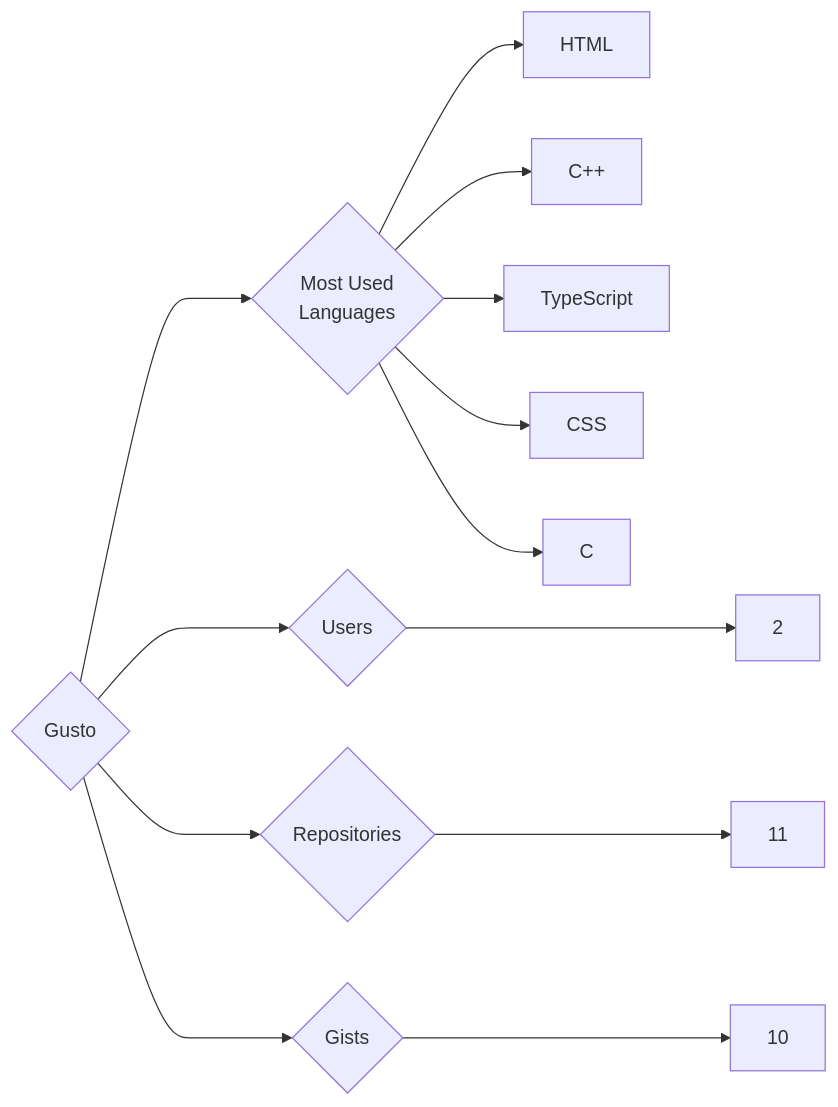
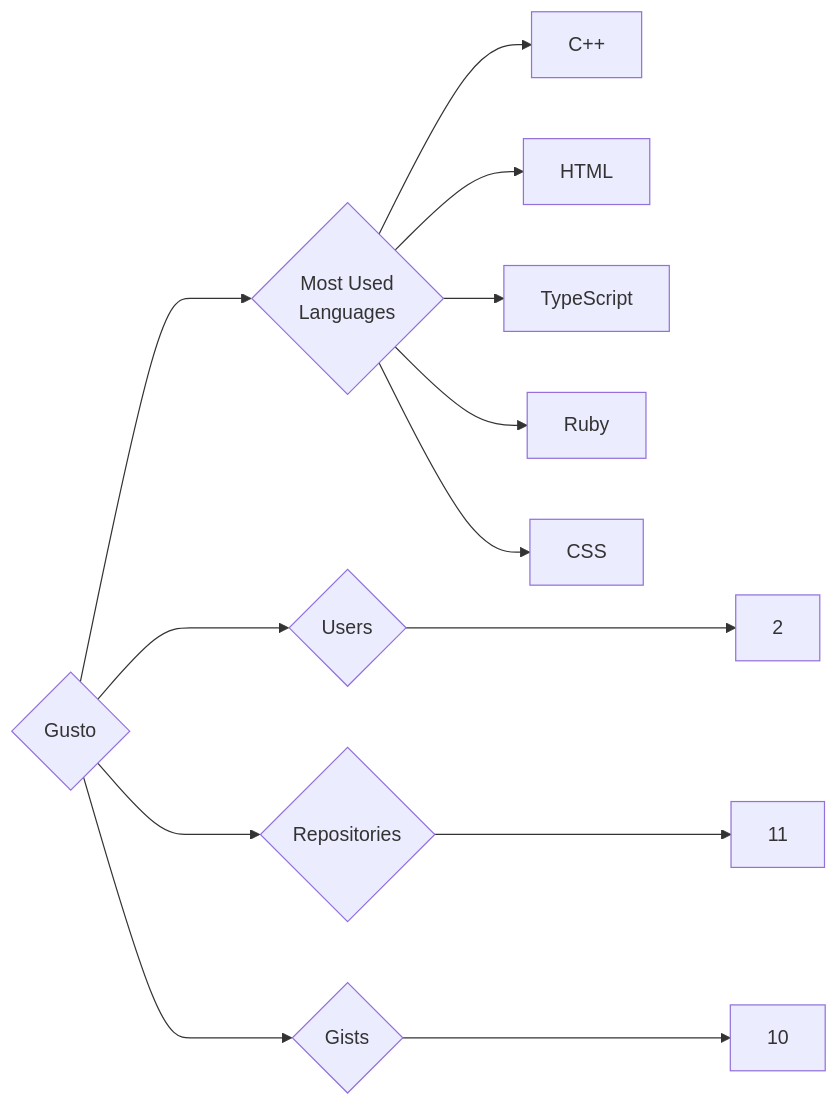
One commit to trickest/insiders changed the diagram in targets/Gusto/README.md. Above: the diagram before and after it, drawn with Mermaid. The commit also changed 938 other files, not shown here.

````diff
--- a/targets/Gusto/README.md
+++ b/targets/Gusto/README.md
@@ -3,13 +3,13 @@
 ```mermaid
 graph LR
 COMPANY_NAME{Gusto}
 COMPANY_NAME ---> U{Users} ---> UN[2]
 COMPANY_NAME ---> R{Repositories} ---> RN[11]
 COMPANY_NAME ---> G{Gists} ---> GN[10]
 COMPANY_NAME ---> ML{Most Used<br>Languages}
+ML --> C++[C++]
 ML --> HTML[HTML]
-ML --> C++[C++]
 ML --> TypeScript[TypeScript]
+ML --> Ruby[Ruby]
 ML --> CSS[CSS]
-ML --> C[C]
 ```
````
